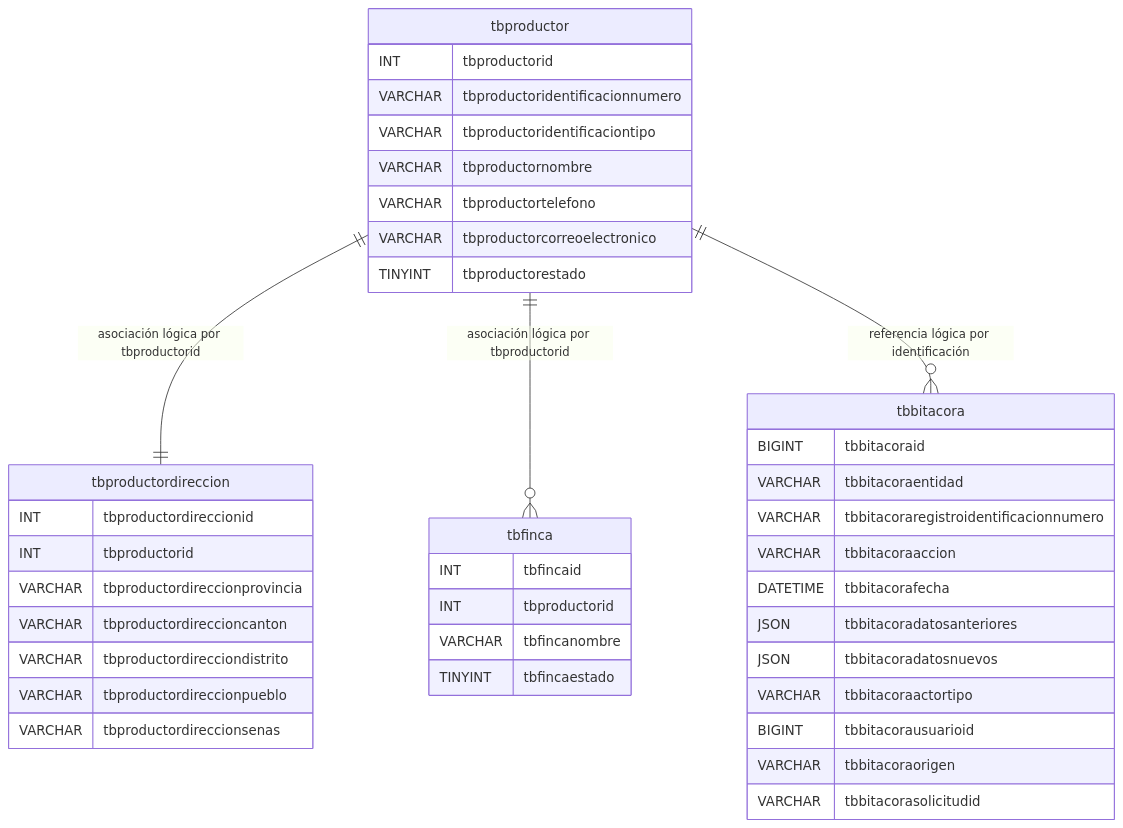
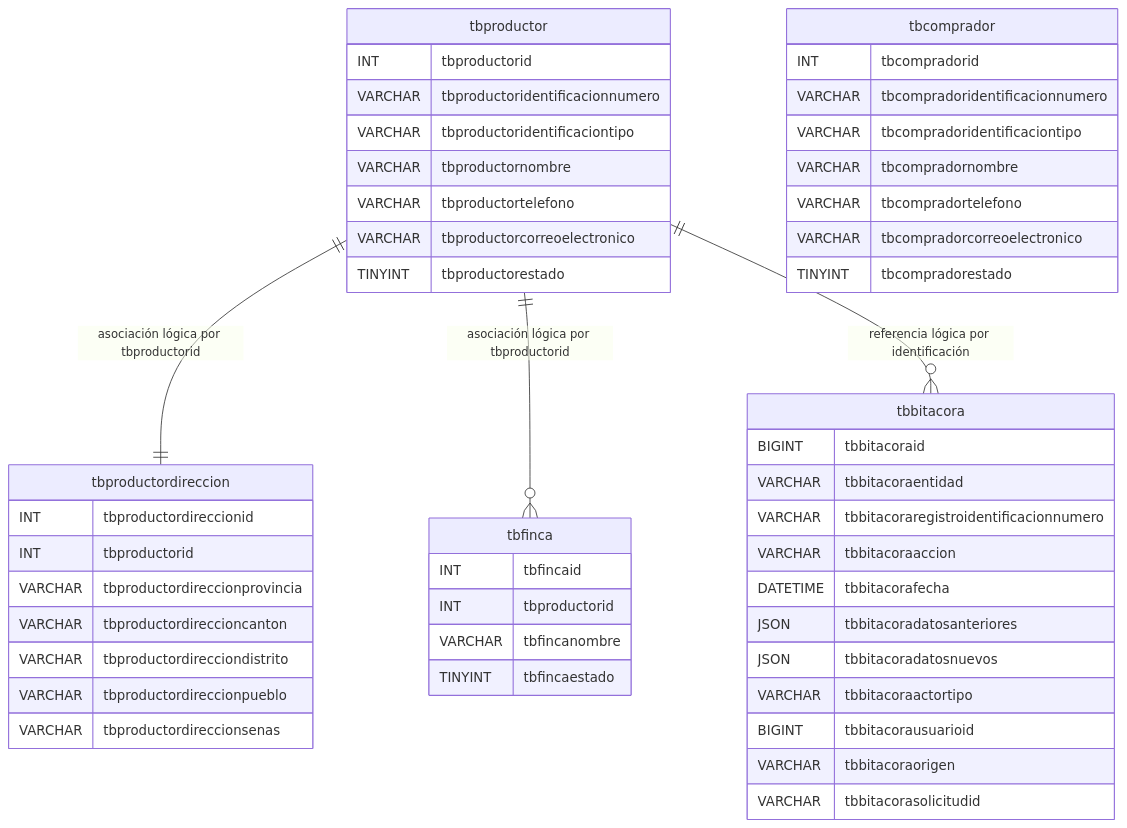
One commit to DilanRC/Proyecto-Paradigmas changed the diagram in Documentation/DER.md. Above: the diagram before and after it, drawn with Mermaid. The commit also changed other lines of this file and 21 other files, not shown here.

````diff
--- a/Documentation/DER.md
+++ b/Documentation/DER.md
@@ -3,43 +3,52 @@
 ```mermaid
 erDiagram
     tbproductor {
         INT tbproductorid
         VARCHAR tbproductoridentificacionnumero
         VARCHAR tbproductoridentificaciontipo
         VARCHAR tbproductornombre
         VARCHAR tbproductortelefono
         VARCHAR tbproductorcorreoelectronico
         TINYINT tbproductorestado
     }
     tbproductordireccion {
         INT tbproductordireccionid
         INT tbproductorid
         VARCHAR tbproductordireccionprovincia
         VARCHAR tbproductordireccioncanton
         VARCHAR tbproductordirecciondistrito
         VARCHAR tbproductordireccionpueblo
         VARCHAR tbproductordireccionsenas
     }
     tbfinca {
         INT tbfincaid
         INT tbproductorid
         VARCHAR tbfincanombre
         TINYINT tbfincaestado
     }
     tbbitacora {
         BIGINT tbbitacoraid
         VARCHAR tbbitacoraentidad
         VARCHAR tbbitacoraregistroidentificacionnumero
         VARCHAR tbbitacoraaccion
         DATETIME tbbitacorafecha
         JSON tbbitacoradatosanteriores
         JSON tbbitacoradatosnuevos
         VARCHAR tbbitacoraactortipo
         BIGINT tbbitacorausuarioid
         VARCHAR tbbitacoraorigen
         VARCHAR tbbitacorasolicitudid
     }
+    tbcomprador {
+        INT tbcompradorid
+        VARCHAR tbcompradoridentificacionnumero
+        VARCHAR tbcompradoridentificaciontipo
+        VARCHAR tbcompradornombre
+        VARCHAR tbcompradortelefono
+        VARCHAR tbcompradorcorreoelectronico
+        TINYINT tbcompradorestado
+    }
     tbproductor ||--|| tbproductordireccion : "asociación lógica por tbproductorid"
     tbproductor ||--o{ tbfinca : "asociación lógica por tbproductorid"
     tbproductor ||--o{ tbbitacora : "referencia lógica por identificación"
 ```
````
